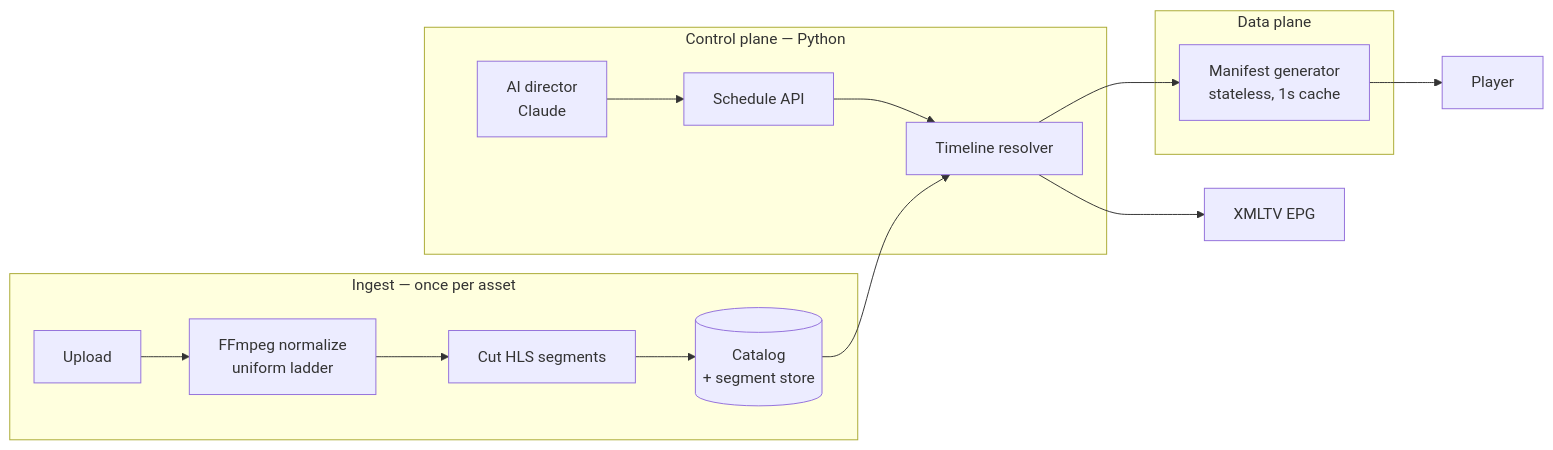
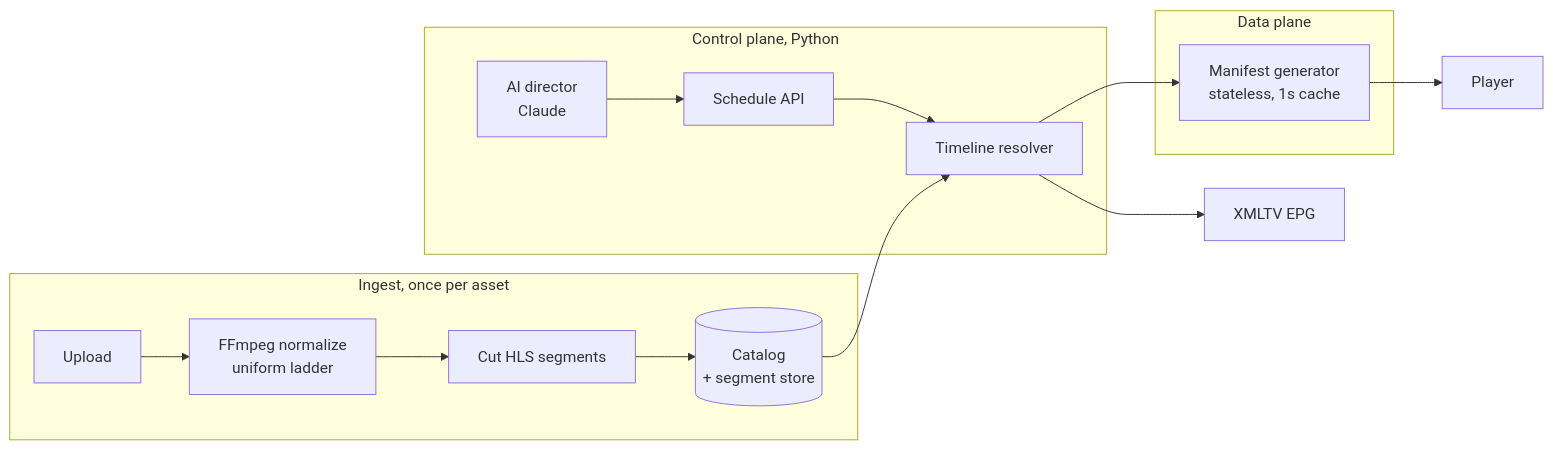
The diagram in docs/architecture.md (dexterrxx31/showrunner), drawn with Mermaid before and after one commit. The commit also changed other lines of this file and 34 other files, not shown here.

````diff
--- a/docs/architecture.md
+++ b/docs/architecture.md
@@ -57,16 +57,16 @@
 ```mermaid
 flowchart LR
-    subgraph ingest [Ingest — once per asset]
+    subgraph ingest [Ingest, once per asset]
         U[Upload] --> N[FFmpeg normalize<br/>uniform ladder] --> S[Cut HLS segments] --> P[(Catalog<br/>+ segment store)]
     end
-    subgraph control [Control plane — Python]
+    subgraph control [Control plane, Python]
         SCH[Schedule API] --> R[Timeline resolver]
         AI[AI director<br/>Claude] --> SCH
     end
     subgraph data [Data plane]
         R --> M[Manifest generator<br/>stateless, 1s cache]
     end
     P --> R
     M --> V[Player]
     R --> EPG[XMLTV EPG]
 ```
````
